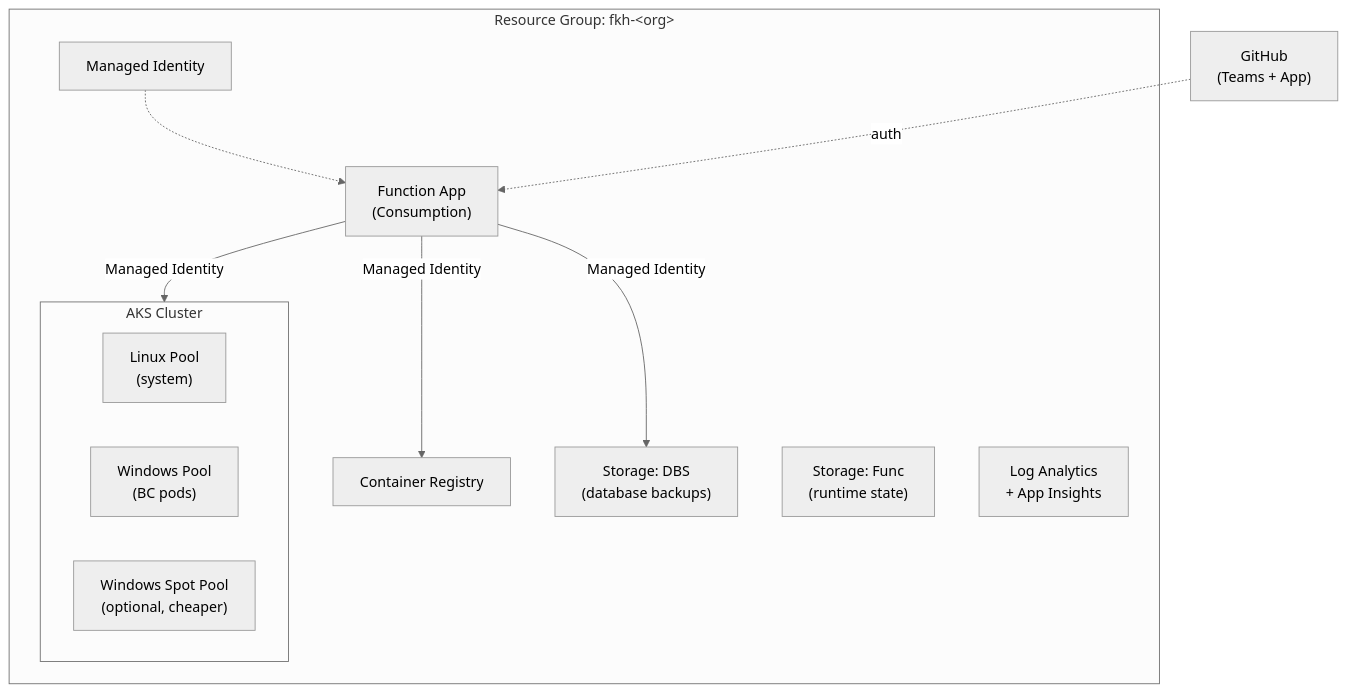
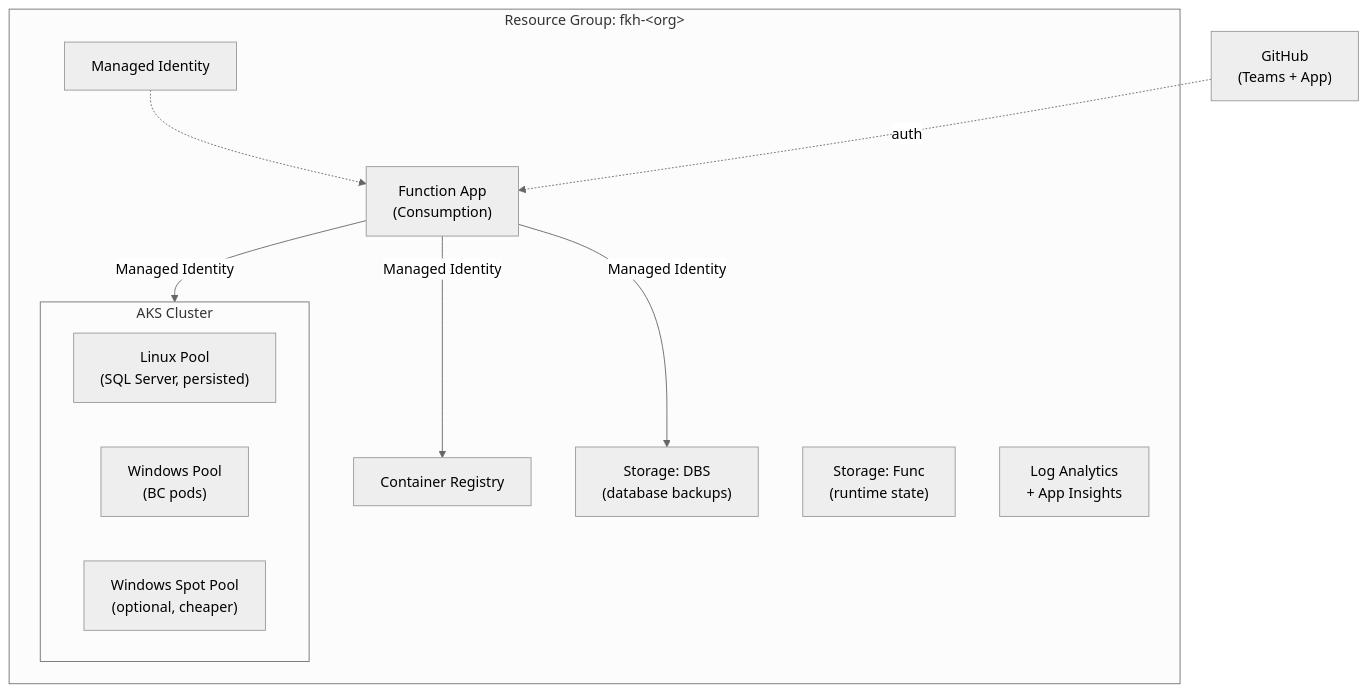
The third of 5 diagrams in Architecture.md (achim-t-org/Fkh), drawn with Mermaid (neutral theme) before and after one commit. The commit also changed other lines of this file, not shown here.

Commit message:
fix architecture

````diff
--- a/Architecture.md
+++ b/Architecture.md
@@ -50,22 +50,22 @@
 ```mermaid
 graph TB
     subgraph RG["Resource Group: fkh-&lt;org&gt;"]
         subgraph AKS["AKS Cluster"]
-            LP["Linux Pool<br/>(system)"]
+            LP["Linux Pool<br/>(SQL Server, persisted)"]
             WP["Windows Pool<br/>(BC pods)"]
             SP["Windows Spot Pool<br/>(optional, cheaper)"]
         end
         FA["Function App<br/>(Consumption)"]
         ACR["Container Registry"]
         MI["Managed Identity"]
         DBS["Storage: DBS<br/>(database backups)"]
         FST["Storage: Func<br/>(runtime state)"]
         MON["Log Analytics<br/>+ App Insights"]
     end
 
     GH["GitHub<br/>(Teams + App)"]
 
     FA -->|"Managed Identity"| AKS & ACR & DBS
     MI -.-> FA
     GH -.->|"auth"| FA
 ```
````
